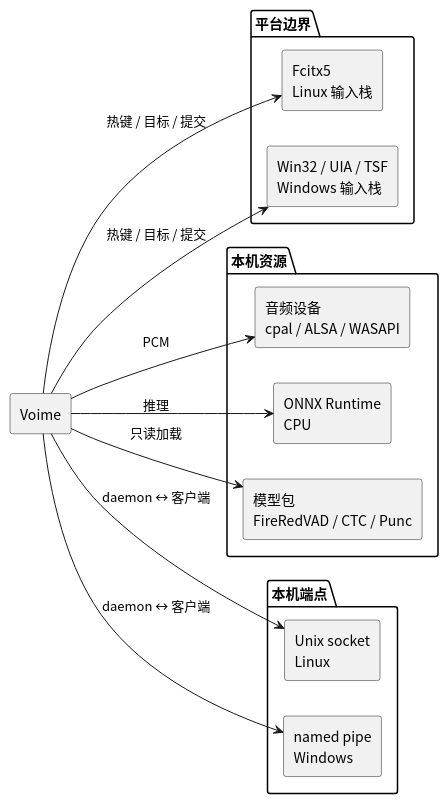
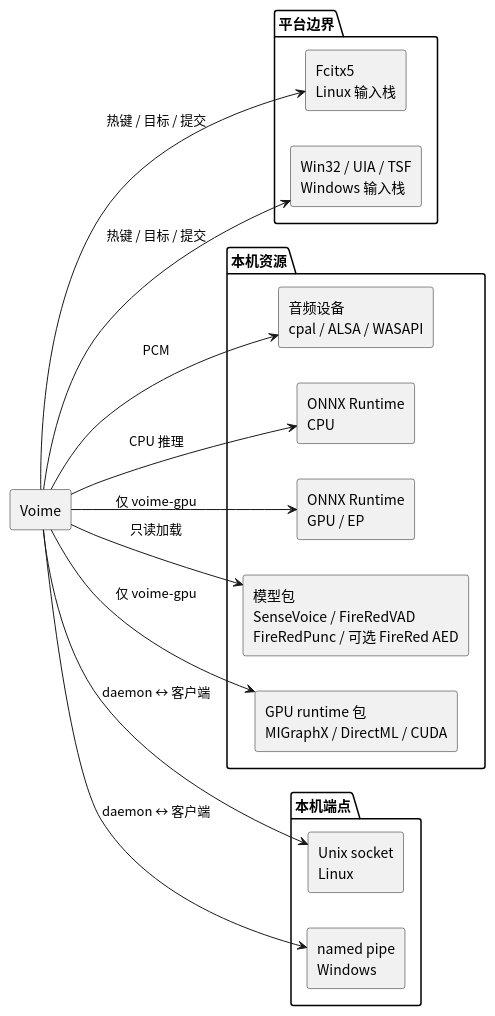
One commit to 54m43lJ/voime changed the diagram in diagram/provider-map.puml. Above: the diagram before and after it, drawn with PlantUML. The commit also changed 69 other files, not shown here.

```diff
--- a/diagram/provider-map.puml
+++ b/diagram/provider-map.puml
@@ -1,32 +1,36 @@
 @startuml
 skinparam defaultFontName "Noto Sans CJK SC"
 skinparam shadowing false
 skinparam componentStyle rectangle
 left to right direction
 
 component "Voime" as Voime
 
 package "平台边界" {
   component "Fcitx5\nLinux 输入栈" as Fcitx
   component "Win32 / UIA / TSF\nWindows 输入栈" as Win
 }
 
 package "本机资源" {
   component "音频设备\ncpal / ALSA / WASAPI" as Audio
-  component "ONNX Runtime\nCPU" as Ort
-  component "模型包\nFireRedVAD / CTC / Punc" as Models
+  component "ONNX Runtime\nCPU" as OrtCpu
+  component "ONNX Runtime\nGPU / EP" as OrtGpu
+  component "模型包\nSenseVoice / FireRedVAD\nFireRedPunc / 可选 FireRed AED" as Models
+  component "GPU runtime 包\nMIGraphX / DirectML / CUDA" as Runtime
 }
 
 package "本机端点" {
   component "Unix socket\nLinux" as Unix
   component "named pipe\nWindows" as Pipe
 }
 
 Voime --> Fcitx : 热键 / 目标 / 提交
 Voime --> Win : 热键 / 目标 / 提交
 Voime --> Audio : PCM
-Voime --> Ort : 推理
+Voime --> OrtCpu : CPU 推理
 Voime --> Models : 只读加载
 Voime --> Unix : daemon ↔ 客户端
 Voime --> Pipe : daemon ↔ 客户端
+Voime --> OrtGpu : 仅 voime-gpu
+Voime --> Runtime : 仅 voime-gpu
 @enduml
```
